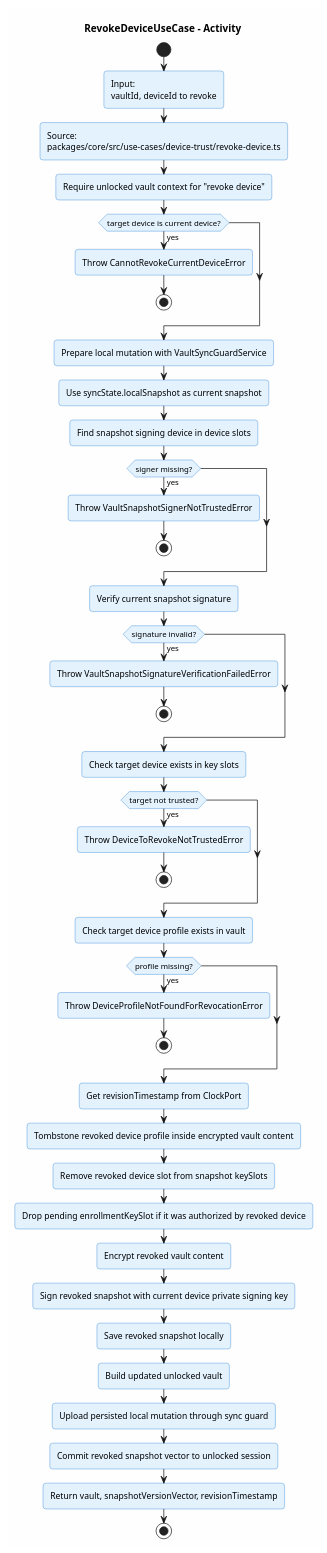
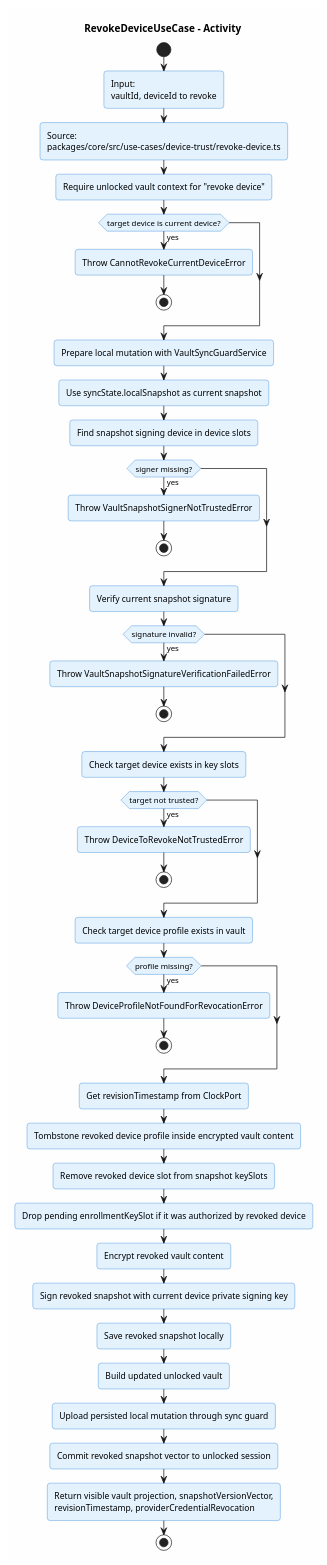
The diagram in docs/v1/use-case/device-trust/revoke-device.activity.puml (ArionStudio/engr-serverless-pm), drawn with PlantUML before and after one commit. The commit also changed 28 other files, not shown here.

```diff
--- a/docs/v1/use-case/device-trust/revoke-device.activity.puml
+++ b/docs/v1/use-case/device-trust/revoke-device.activity.puml
@@ -1,56 +1,56 @@
 @startuml revoke-device-activity
 title RevokeDeviceUseCase - Activity
 
 skinparam backgroundColor #FEFEFE
 skinparam roundcorner 8
 skinparam shadowing false
 skinparam activity {
   BackgroundColor #E3F2FD
   BorderColor #1976D2
 }
 
 start
 :Input:\nvaultId, deviceId to revoke;
 :Source:\npackages/core/src/use-cases/device-trust/revoke-device.ts;
 :Require unlocked vault context for "revoke device";
 if (target device is current device?) then (yes)
   :Throw CannotRevokeCurrentDeviceError;
   stop
 endif
 
 :Prepare local mutation with VaultSyncGuardService;
 :Use syncState.localSnapshot as current snapshot;
 :Find snapshot signing device in device slots;
 if (signer missing?) then (yes)
   :Throw VaultSnapshotSignerNotTrustedError;
   stop
 endif
 :Verify current snapshot signature;
 if (signature invalid?) then (yes)
   :Throw VaultSnapshotSignatureVerificationFailedError;
   stop
 endif
 :Check target device exists in key slots;
 if (target not trusted?) then (yes)
   :Throw DeviceToRevokeNotTrustedError;
   stop
 endif
 :Check target device profile exists in vault;
 if (profile missing?) then (yes)
   :Throw DeviceProfileNotFoundForRevocationError;
   stop
 endif
 
 :Get revisionTimestamp from ClockPort;
 :Tombstone revoked device profile inside encrypted vault content;
 :Remove revoked device slot from snapshot keySlots;
 :Drop pending enrollmentKeySlot if it was authorized by revoked device;
 :Encrypt revoked vault content;
 :Sign revoked snapshot with current device private signing key;
 :Save revoked snapshot locally;
 :Build updated unlocked vault;
 :Upload persisted local mutation through sync guard;
 :Commit revoked snapshot vector to unlocked session;
-:Return vault, snapshotVersionVector, revisionTimestamp;
+:Return visible vault projection, snapshotVersionVector,\nrevisionTimestamp, providerCredentialRevocation;
 stop
 @enduml
```
